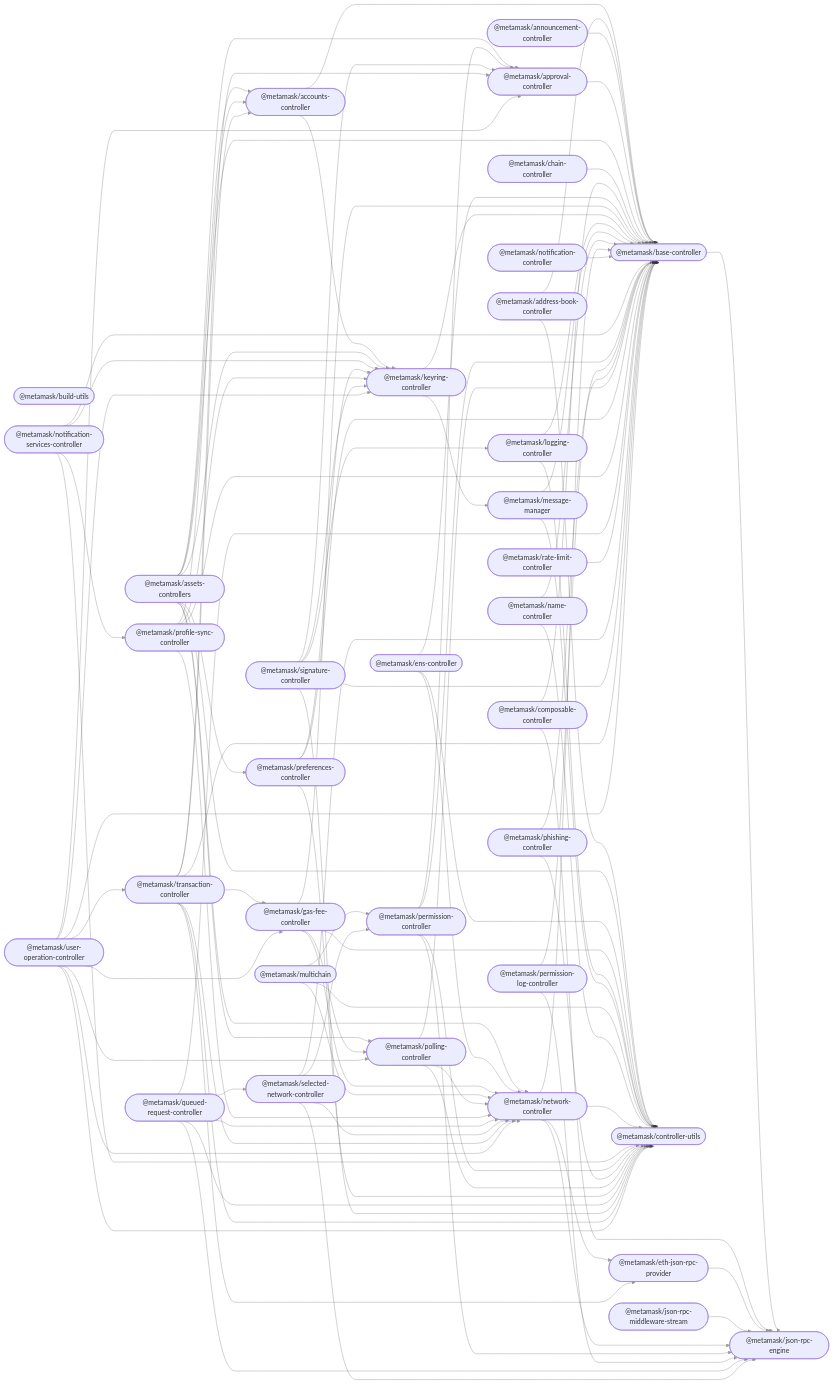
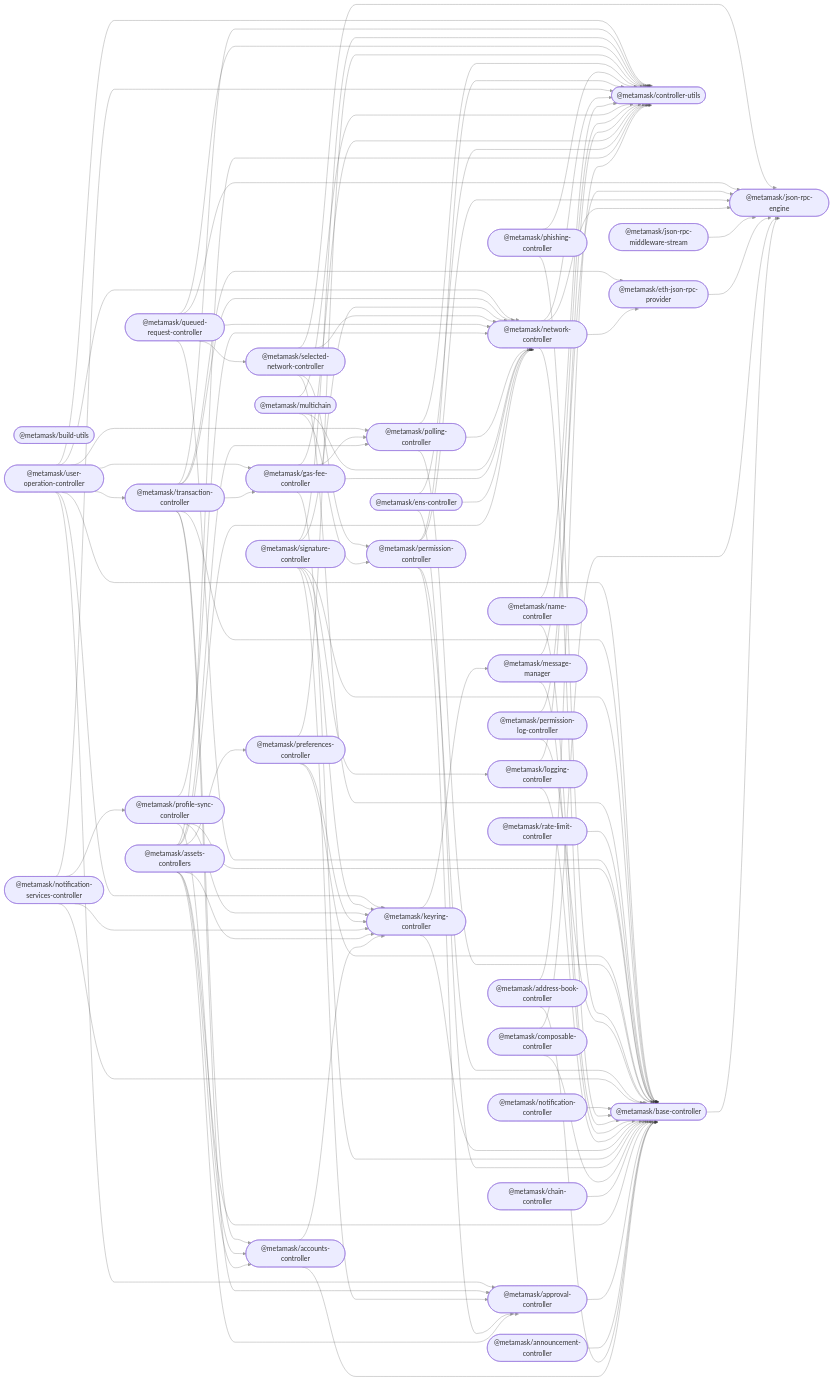
One commit to MetaMask/core changed the diagram in README.md. Above: the diagram before and after it, drawn with Mermaid. The commit also changed other lines of this file and 22 other files, not shown here.

```diff
--- a/README.md
+++ b/README.md
@@ -162,8 +163,8 @@
   preferences_controller --> keyring_controller;
   profile_sync_controller --> base_controller;
   profile_sync_controller --> keyring_controller;
+  profile_sync_controller --> network_controller;
   profile_sync_controller --> accounts_controller;
-  profile_sync_controller --> network_controller;
   queued_request_controller --> base_controller;
   queued_request_controller --> controller_utils;
   queued_request_controller --> json_rpc_engine;
@@ -179,6 +180,7 @@
   signature_controller --> approval_controller;
   signature_controller --> keyring_controller;
   signature_controller --> logging_controller;
+  signature_controller --> network_controller;
   transaction_controller --> base_controller;
   transaction_controller --> controller_utils;
   transaction_controller --> accounts_controller;
```
